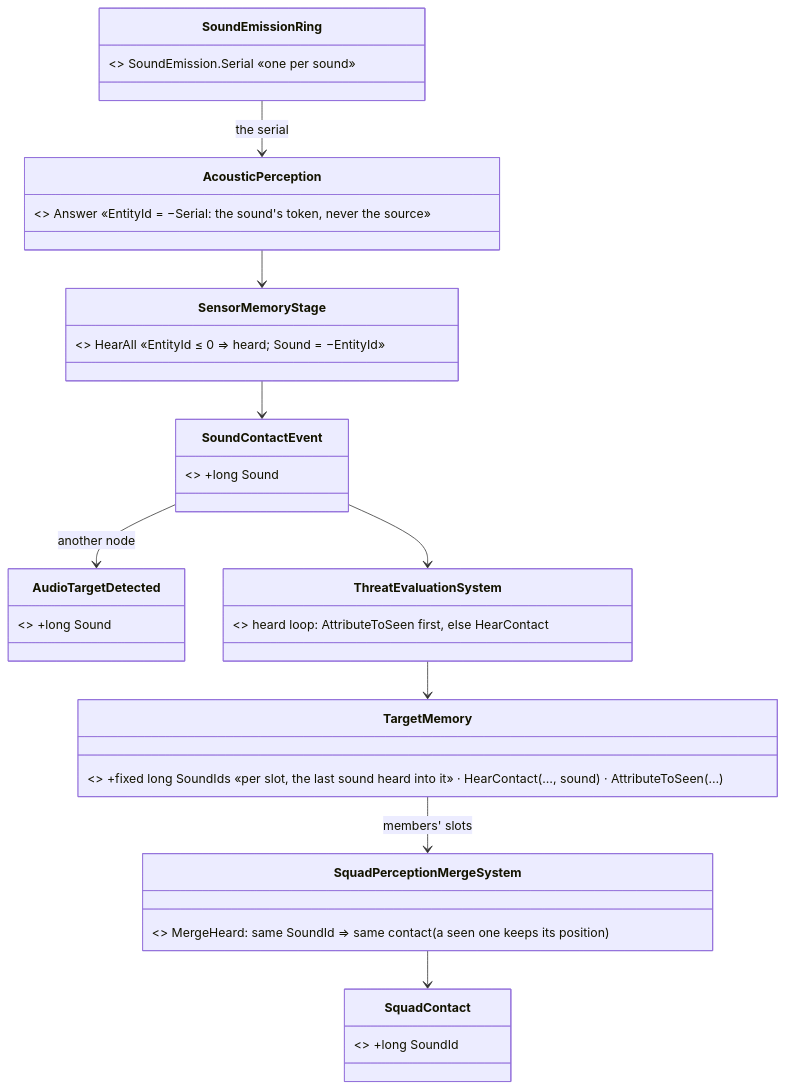
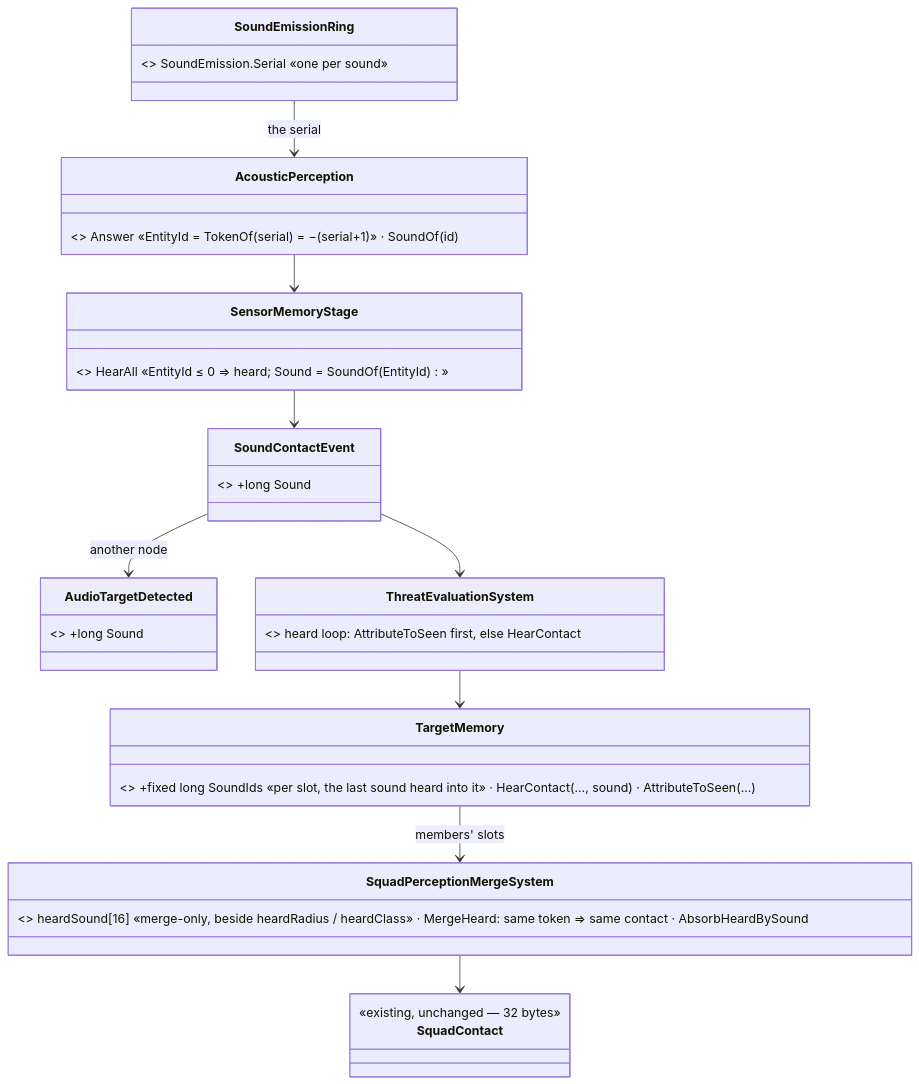
Before and after one commit to pjanec/HROT: diagram 16 of 22 in docs/DESIGN_Thermal_And_Acoustic_Sensing.md, drawn with Mermaid. The commit also changed other lines of this file and 14 other files, not shown here.

First line of the commit message:
CE-2474: one bang heard by several men is ONE contact, and a shot from a man in sight is HIM (user: "yes, go ahead with both parts")

````diff
--- a/docs/DESIGN_Thermal_And_Acoustic_Sensing.md
+++ b/docs/DESIGN_Thermal_And_Acoustic_Sensing.md
@@ -913,20 +913,20 @@
 ```mermaid
 classDiagram
   class SoundEmissionRing { <<existing>> SoundEmission.Serial «one per sound» }
-  class AcousticPerception { <<existing, grows>> Answer «EntityId = −Serial: the sound's token, never the source» }
-  class SensorMemoryStage { <<existing, grows>> HearAll «EntityId ≤ 0 ⇒ heard; Sound = −EntityId» }
+  class AcousticPerception { <<existing, grows>> Answer «EntityId = TokenOf(serial) = −(serial+1)» · SoundOf(id) }
+  class SensorMemoryStage { <<existing, grows>> HearAll «EntityId ≤ 0 ⇒ heard; Sound = SoundOf(EntityId)» }
   class SoundContactEvent { <<existing, grows>> +long Sound }
   class AudioTargetDetected { <<existing DDS, grows>> +long Sound }
   class TargetMemory { <<existing, grows>> +fixed long SoundIds «per slot, the last sound heard into it» · HearContact(…, sound) · AttributeToSeen(…) }
   class ThreatEvaluationSystem { <<existing>> heard loop: AttributeToSeen first, else HearContact }
-  class SquadContact { <<existing, grows>> +long SoundId }
-  class SquadPerceptionMergeSystem { <<existing, grows>> MergeHeard: same SoundId ⇒ same contact (a seen one keeps its position) }
+  class SquadContact { <<existing, unchanged — 32 bytes>> }
+  class SquadPerceptionMergeSystem { <<existing, grows>> heardSound[16] «merge-only, beside heardRadius / heardClass» · MergeHeard: same token ⇒ same contact · AbsorbHeardBySound }
   SoundEmissionRing --> AcousticPerception : the serial
   AcousticPerception --> SensorMemoryStage
   SensorMemoryStage --> SoundContactEvent
   SoundContactEvent --> AudioTargetDetected : another node
   SoundContactEvent --> ThreatEvaluationSystem
   ThreatEvaluationSystem --> TargetMemory
   TargetMemory --> SquadPerceptionMergeSystem : members' slots
   SquadPerceptionMergeSystem --> SquadContact
 ```
````
